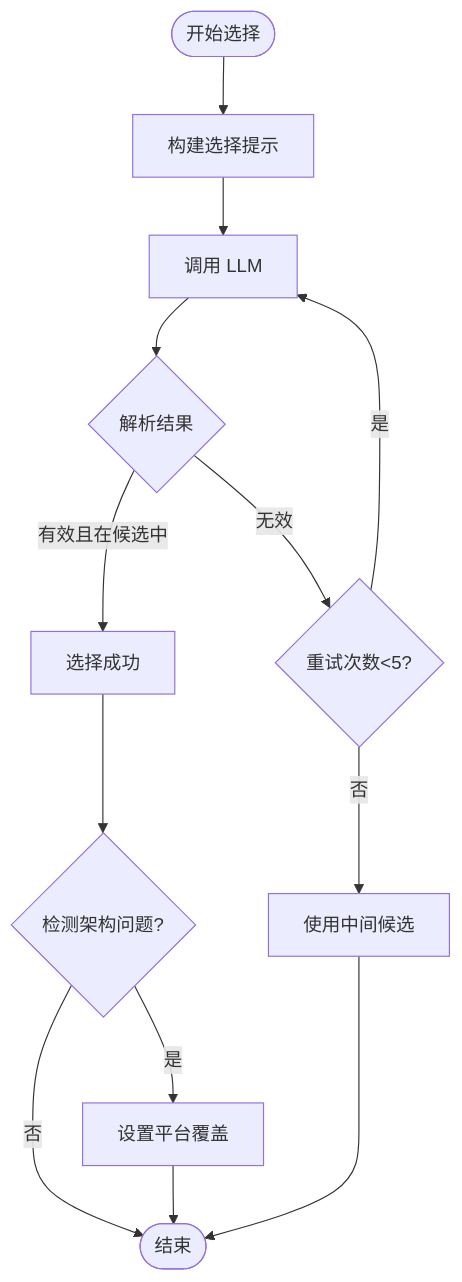
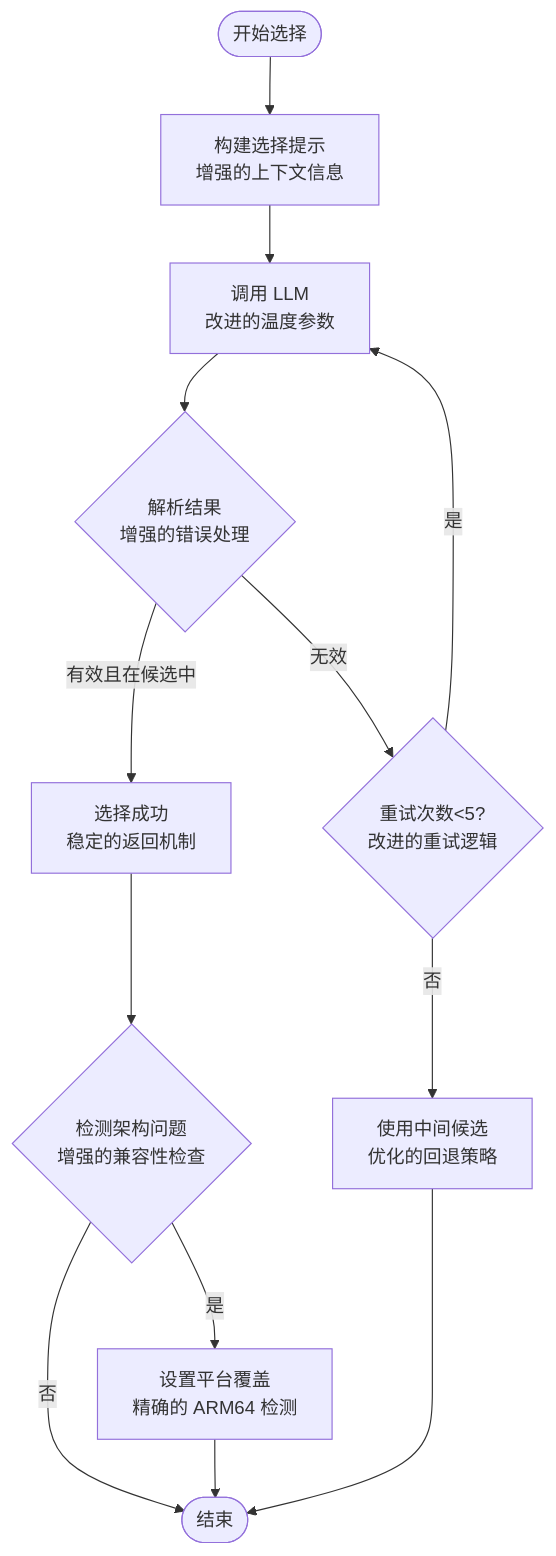
One commit to Jayint/Jayint-repo changed the fourth of 6 diagrams in .qoder/repowiki/zh/content/核心组件/图像选择器模块.md. Above: the diagram before and after it, drawn with Mermaid. The commit also changed other lines of this file and 497 other files, not shown here.

````diff
--- a/.qoder/repowiki/zh/content/核心组件/图像选择器模块.md
+++ b/.qoder/repowiki/zh/content/核心组件/图像选择器模块.md
@@ -156,15 +179,15 @@
 ```mermaid
 flowchart TD
-Start([开始选择]) --> BuildPrompt[构建选择提示]
-BuildPrompt --> CallLLM[调用 LLM]
-CallLLM --> ParseResult{解析结果}
-ParseResult --> |有效且在候选中| Success[选择成功]
-ParseResult --> |无效| Retry{重试次数<5?}
+Start([开始选择]) --> BuildPrompt[构建选择提示<br/>增强的上下文信息]
+BuildPrompt --> CallLLM[调用 LLM<br/>改进的温度参数]
+CallLLM --> ParseResult{解析结果<br/>增强的错误处理}
+ParseResult --> |有效且在候选中| Success[选择成功<br/>稳定的返回机制]
+ParseResult --> |无效| Retry{重试次数<5?<br/>改进的重试逻辑}
 Retry --> |是| CallLLM
-Retry --> |否| Fallback[使用中间候选]
-Success --> CheckArch{检测架构问题?}
-CheckArch --> |是| Override[设置平台覆盖]
+Retry --> |否| Fallback[使用中间候选<br/>优化的回退策略]
+Success --> CheckArch{检测架构问题<br/>增强的兼容性检查}
+CheckArch --> |是| Override[设置平台覆盖<br/>精确的 ARM64 检测]
 CheckArch --> |否| End([结束])
 Override --> End
 Fallback --> End
 ```
````
